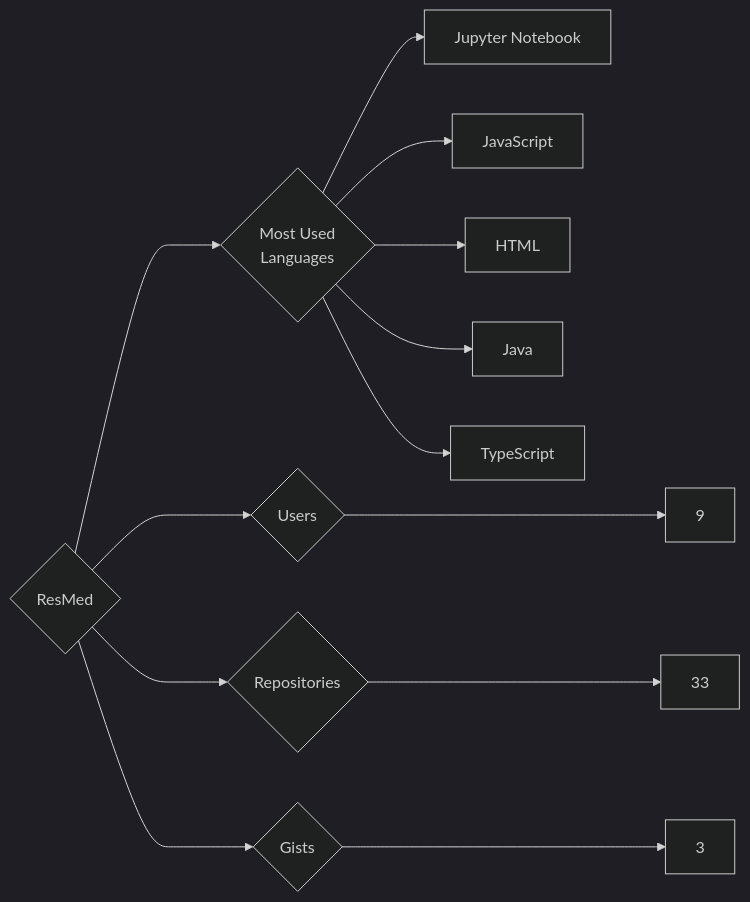
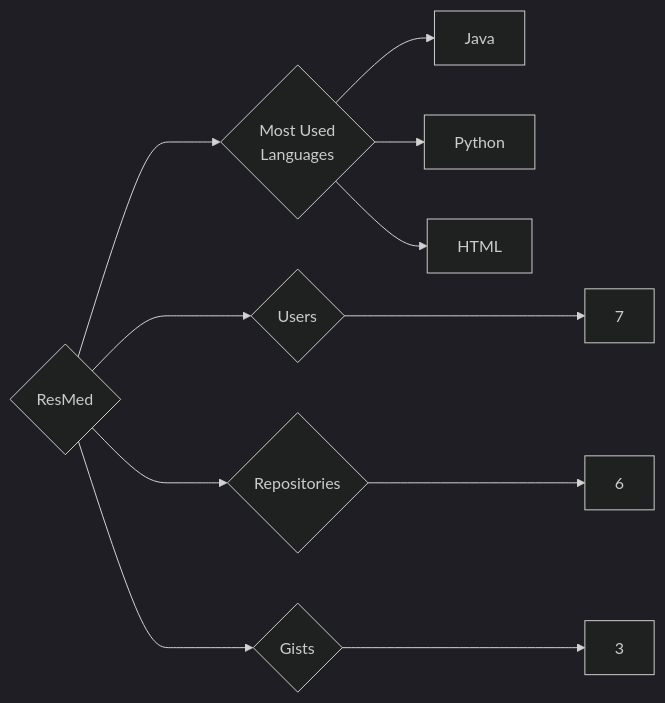
The diagram in targets/ResMed/README.md (trickest/insiders), drawn with Mermaid (dark theme) before and after one commit. The commit also changed 1389 other files, not shown here.

````diff
--- a/targets/ResMed/README.md
+++ b/targets/ResMed/README.md
@@ -3,13 +3,11 @@
 ```mermaid
 graph LR
 COMPANY_NAME{ResMed}
-COMPANY_NAME ---> U{Users} ---> UN[9]
-COMPANY_NAME ---> R{Repositories} ---> RN[33]
+COMPANY_NAME ---> U{Users} ---> UN[7]
+COMPANY_NAME ---> R{Repositories} ---> RN[6]
 COMPANY_NAME ---> G{Gists} ---> GN[3]
 COMPANY_NAME ---> ML{Most Used<br>Languages}
-ML --> Jupyter_Notebook[Jupyter Notebook]
-ML --> JavaScript[JavaScript]
+ML --> Java[Java]
+ML --> Python[Python]
 ML --> HTML[HTML]
-ML --> Java[Java]
-ML --> TypeScript[TypeScript]
 ```
````
